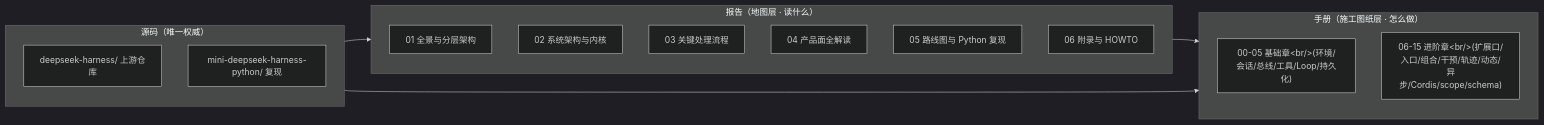
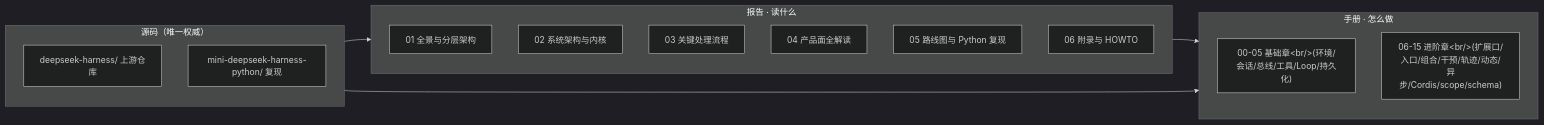
One commit to ZZKeepCurious/mini-deepseek-harness-python changed the diagram in docs/report/index.md. Above: the diagram before and after it, drawn with Mermaid (dark theme). The commit also changed other lines of this file and 22 other files, not shown here.

````diff
--- a/docs/report/index.md
+++ b/docs/report/index.md
@@ -16,21 +16,21 @@
 ```mermaid
 flowchart LR
-  subgraph REP["报告（地图层 · 读什么）"]
+  subgraph REP["报告 · 读什么"]
     O1["01 全景与分层架构"]
     O2["02 系统架构与内核"]
     O3["03 关键处理流程"]
     O4["04 产品面全解读"]
     O5["05 路线图与 Python 复现"]
     O6["06 附录与 HOWTO"]
   end
-  subgraph MD["手册（施工图纸层 · 怎么做）"]
+  subgraph MD["手册 · 怎么做"]
     M1["00-05 基础章&lt;br/&gt;(环境/会话/总线/工具/Loop/持久化)"]
     M2["06-15 进阶章&lt;br/&gt;(扩展口/入口/组合/干预/轨迹/动态/异步/Cordis/scope/schema)"]
   end
   subgraph SRC["源码（唯一权威）"]
     S1["deepseek-harness/ 上游仓库"]
     S2["mini-deepseek-harness-python/ 复现"]
   end
   SRC --> REP --> MD
   SRC --> MD
 ```
````
